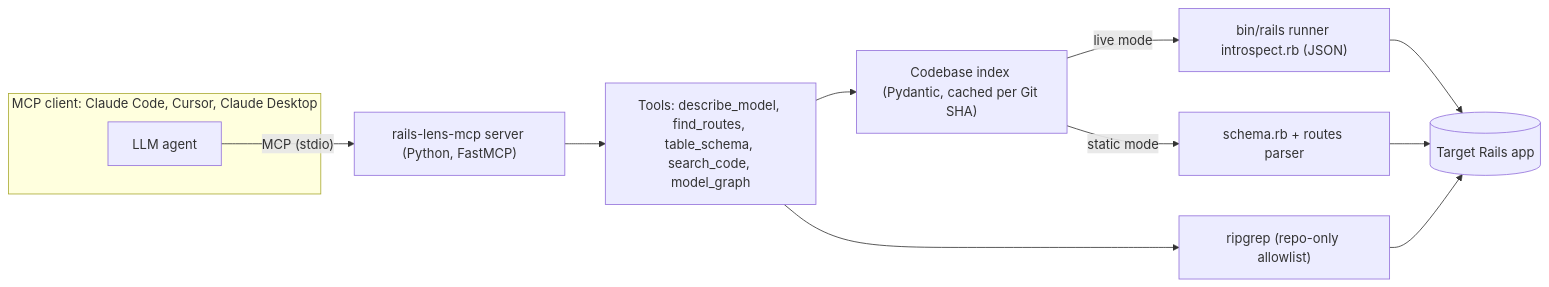
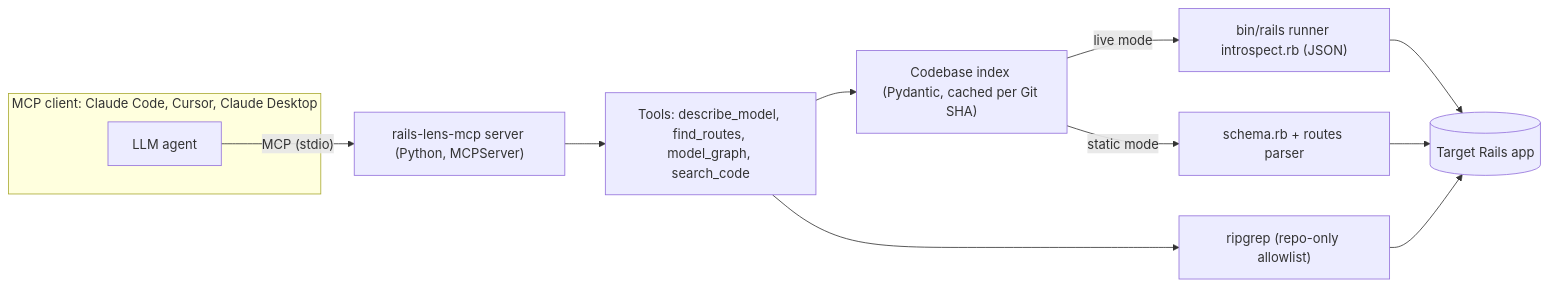
The first of 3 diagrams in steps/08-ai-tool-mvp.md (mitkush/growth-roadmap-2026), drawn with Mermaid before and after one commit. The commit also changed other lines of this file and 25 other files, not shown here.

````diff
--- a/steps/08-ai-tool-mvp.md
+++ b/steps/08-ai-tool-mvp.md
@@ -83,15 +89,15 @@
 ```mermaid
 flowchart LR
   subgraph Client["MCP client: Claude Code, Cursor, Claude Desktop"]
     LLM["LLM agent"]
   end
-  LLM -- "MCP (stdio)" --> S["rails-lens-mcp server (Python, FastMCP)"]
-  S --> T["Tools: describe_model, find_routes, table_schema, search_code, model_graph"]
+  LLM -- "MCP (stdio)" --> S["rails-lens-mcp server (Python, MCPServer)"]
+  S --> T["Tools: describe_model, find_routes, model_graph, search_code"]
   T --> I["Codebase index (Pydantic, cached per Git SHA)"]
   I -- "live mode" --> R["bin/rails runner introspect.rb (JSON)"]
   I -- "static mode" --> P["schema.rb + routes parser"]
   T --> G["ripgrep (repo-only allowlist)"]
   R --> APP[("Target Rails app")]
   P --> APP
   G --> APP
 ```
````
